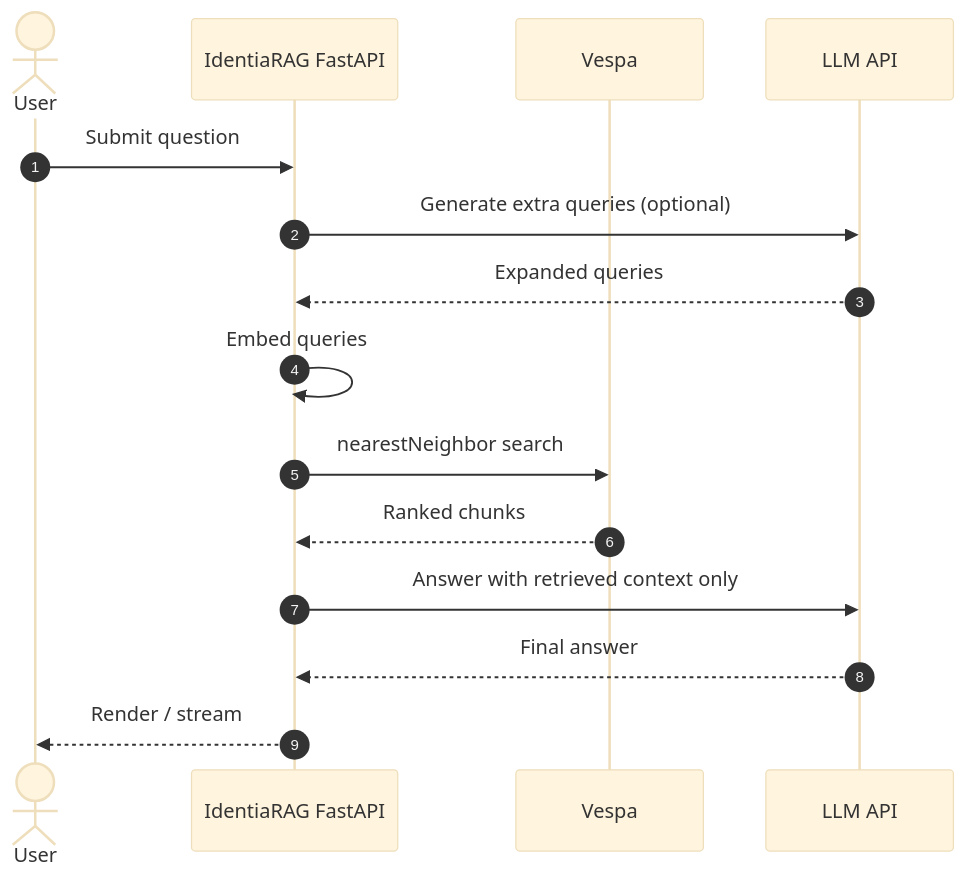
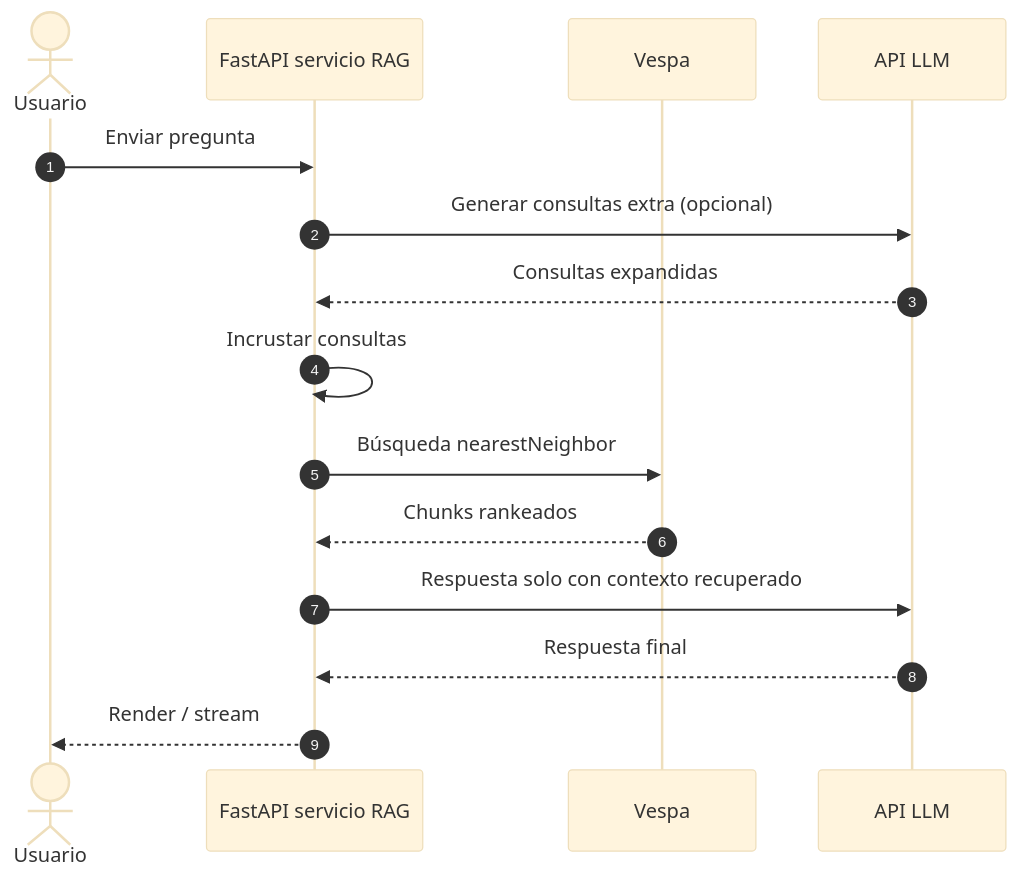
One commit to 13g4d0/docu-es changed the first of 3 diagrams in docs/as-built/sequence-requests.md. Above: the diagram before and after it, drawn with Mermaid (base theme). The commit also changed other lines of this file and 38 other files, not shown here.

````diff
--- a/docs/as-built/sequence-requests.md
+++ b/docs/as-built/sequence-requests.md
@@ -7,18 +7,18 @@
 ```mermaid
 sequenceDiagram
   autonumber
-  actor U as User
-  participant UI as IdentiaRAG FastAPI
+  actor U as Usuario
+  participant UI as FastAPI servicio RAG
   participant V as Vespa
-  participant L as LLM API
+  participant L as API LLM
 
-  U->>UI: Submit question
-  UI->>L: Generate extra queries (optional)
-  L-->>UI: Expanded queries
-  UI->>UI: Embed queries
-  UI->>V: nearestNeighbor search
-  V-->>UI: Ranked chunks
-  UI->>L: Answer with retrieved context only
-  L-->>UI: Final answer
+  U->>UI: Enviar pregunta
+  UI->>L: Generar consultas extra (opcional)
+  L-->>UI: Consultas expandidas
+  UI->>UI: Incrustar consultas
+  UI->>V: Búsqueda nearestNeighbor
+  V-->>UI: Chunks rankeados
+  UI->>L: Respuesta solo con contexto recuperado
+  L-->>UI: Respuesta final
   UI-->>U: Render / stream
 ```
````
